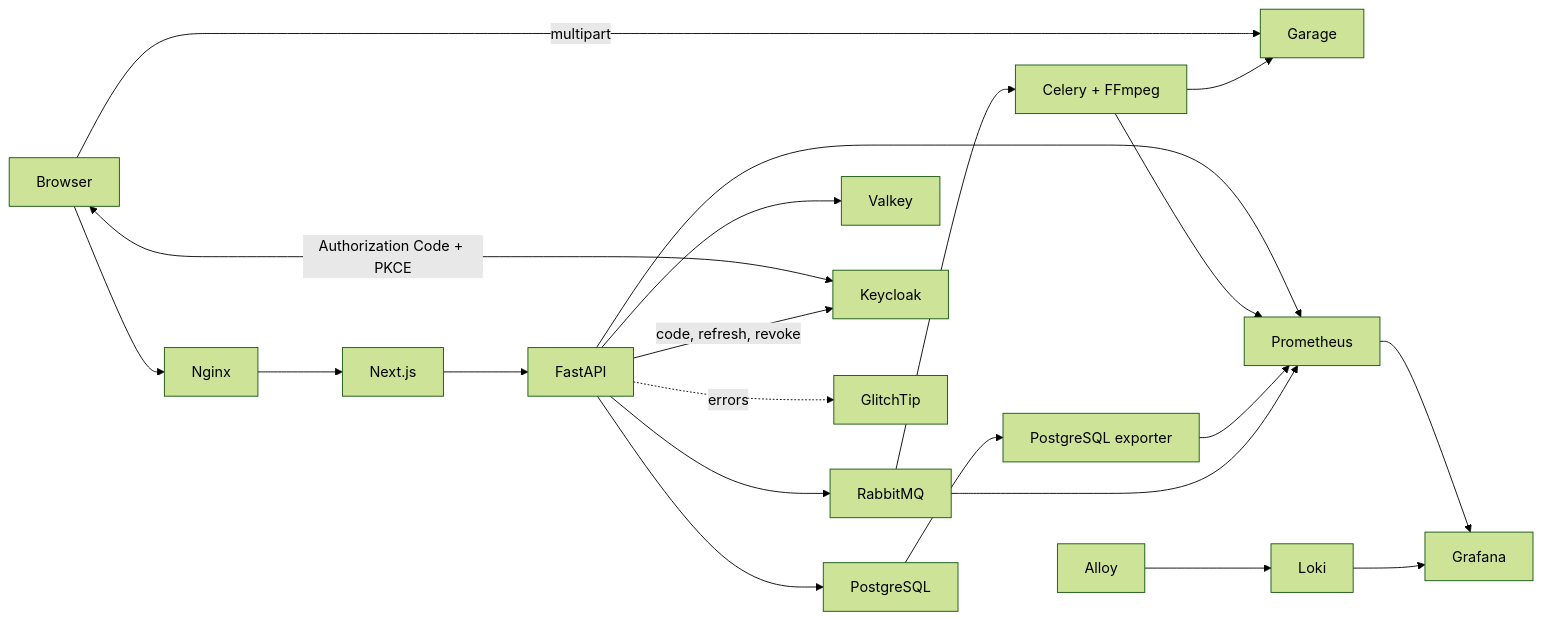
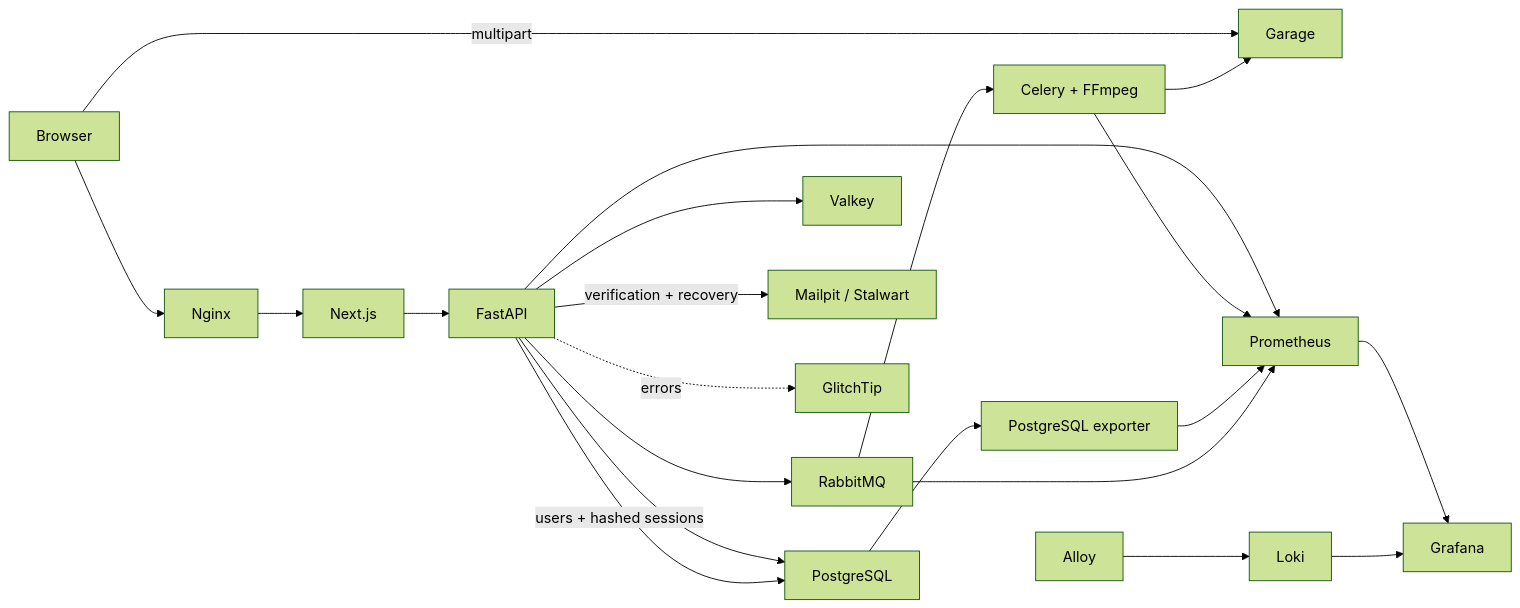
Before and after one commit to khanhnkq/feed.io: the first of 2 diagrams in docs/architecture/system-overview.md, drawn with Mermaid (forest theme). The commit also changed other lines of this file and 82 other files, not shown here.

````diff
--- a/docs/architecture/system-overview.md
+++ b/docs/architecture/system-overview.md
@@ -3,23 +3,23 @@
 ```mermaid
 flowchart LR
     Browser --> Nginx
     Nginx --> Web[Next.js]
     Web --> API[FastAPI]
     Browser -->|multipart| Garage
     API --> PostgreSQL
     API --> RabbitMQ
     API --> Valkey
     RabbitMQ --> Worker[Celery + FFmpeg]
     Worker --> Garage
-    Browser <-->|Authorization Code + PKCE| Keycloak
-    API -->|code, refresh, revoke| Keycloak
+    API -->|users + hashed sessions| PostgreSQL
+    API -->|verification + recovery| Mailpit[Mailpit / Stalwart]
     API --> Prometheus
     Worker --> Prometheus
     PostgreSQL --> PostgresExporter[PostgreSQL exporter]
     PostgresExporter --> Prometheus
     RabbitMQ --> Prometheus
     Alloy --> Loki
     Prometheus --> Grafana
     Loki --> Grafana
     API -. errors .-> GlitchTip
 ```
````
